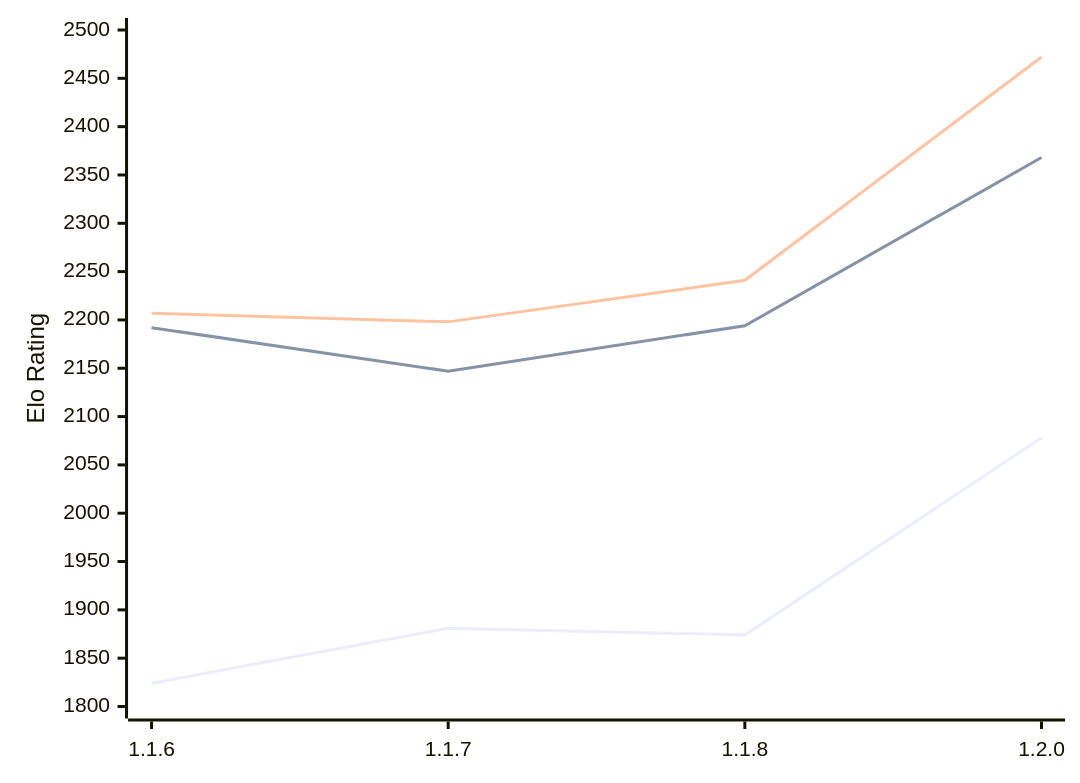
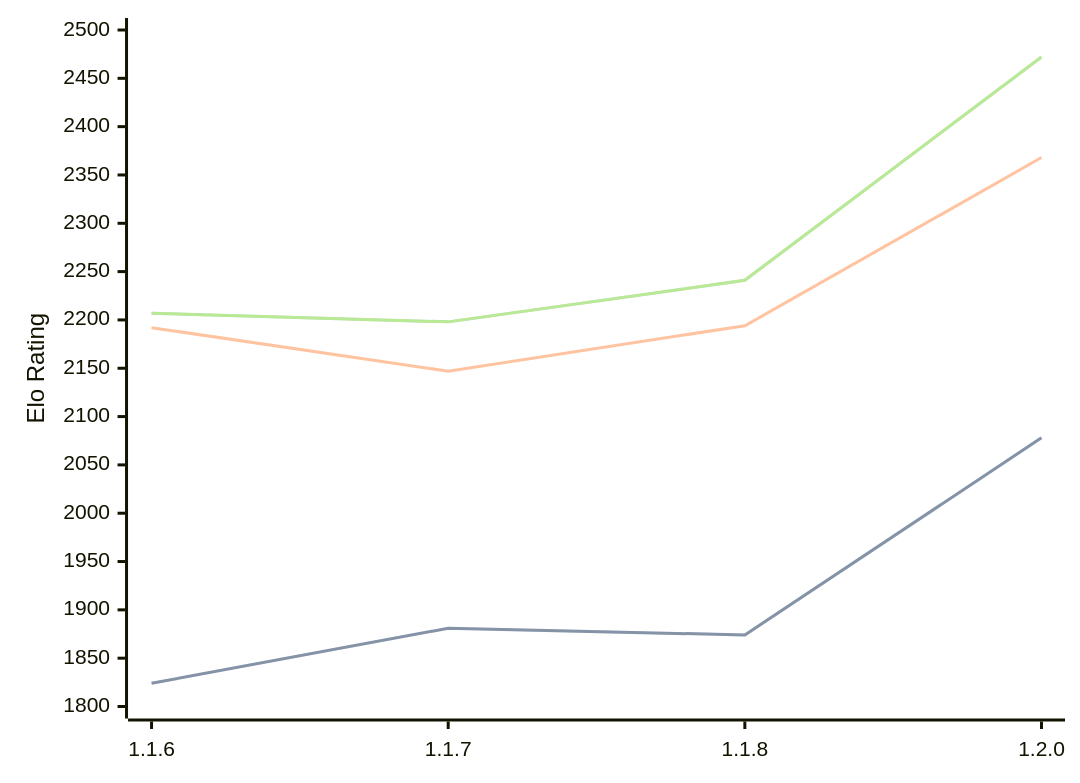
The diagram in engines/Soomi.md (computer-chess-index/cci), drawn with Mermaid before and after one commit. The commit also changed other lines of this file, not shown here.

Commit message:
Update CCI Ratings (ELO VLTC) - 2026-02-13

````diff
--- a/engines/Soomi.md
+++ b/engines/Soomi.md
@@ -31,9 +31,11 @@
 ```mermaid
 %%{init: {"theme":"base","themeVariables":{"seriesColors:['#a3a3a3','#222221','#faa371']}}}%%
 xychart-beta
   x-axis ["1.1.6", "1.1.7", "1.1.8", "1.2.0"]
   y-axis "Elo Rating" 1800 --> 2500
   line "STC (8.0+0.08s)" [1824, 1881, 1874, 2078]
+  line "STC (8.0+0.08s)" [1824, 1881, 1874, 2078]
   line "LTC (60.0+0.60s)" [2192, 2147, 2194, 2368]
   line "VLTC (2m24s+1.12s)" [2207, 2198, 2241, 2472]
+  line "VLTC (2m24s+1.12s)" [2207, 2198, 2241, 2472]
 ```
````
